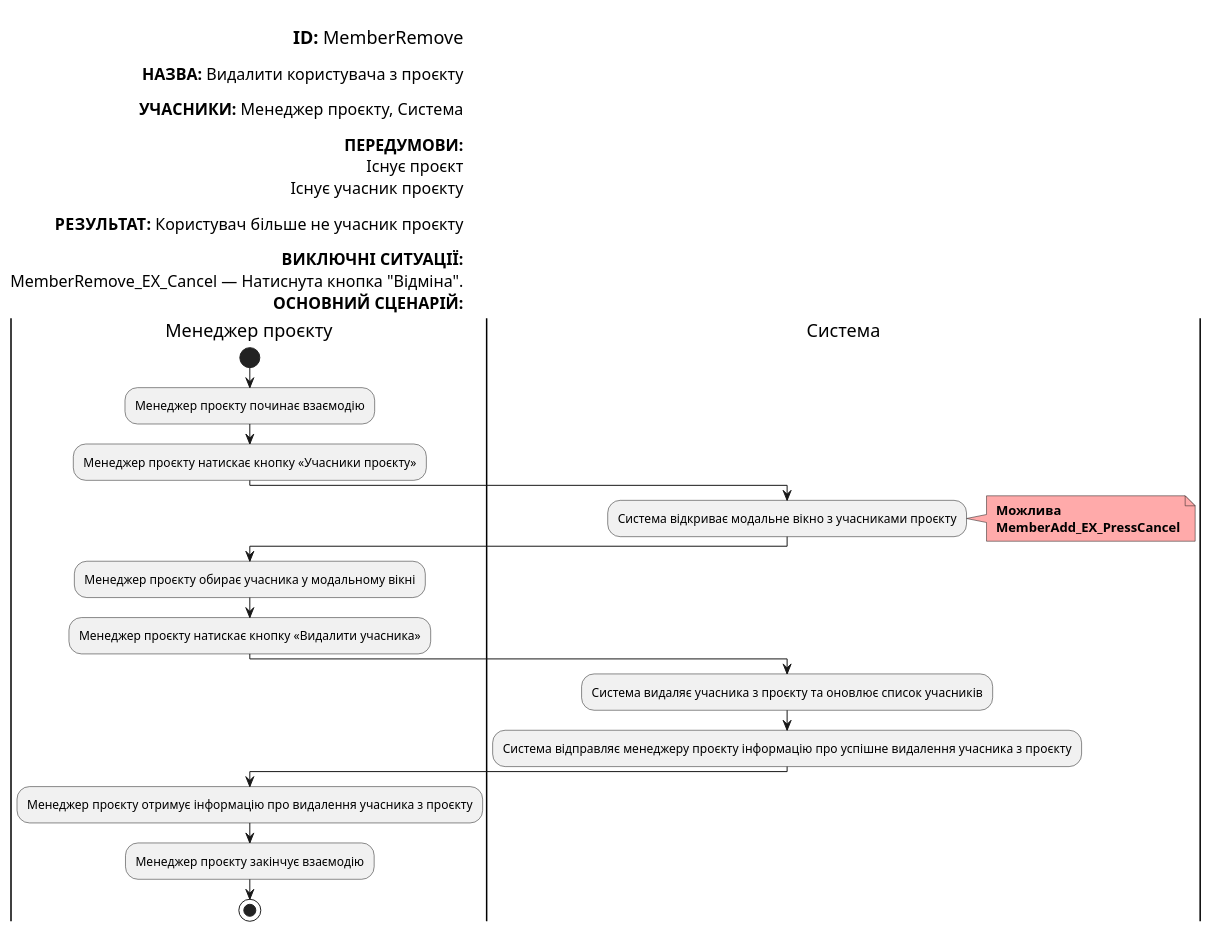
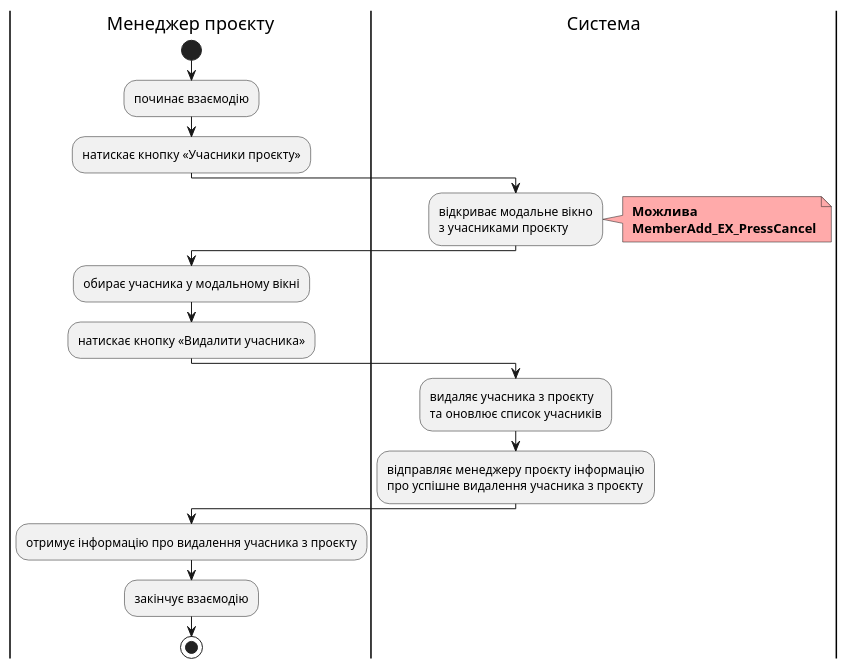
One commit to yaryna-bashchak/db_course_work changed diagram 16 of 24 in docs/use cases/README.md. Above: the diagram before and after it, drawn with PlantUML. The commit also changed other lines of this file, not shown here.

Commit message:
updated diagrams for user cases

```diff
--- a/docs/use cases/README.md
+++ b/docs/use cases/README.md
@@ -809,52 +795,36 @@
 @startuml
-
-    left header
-
-        <font color=000 size=18><b>ID:</b> MemberRemove
-
-        <font color=000 size=16><b>НАЗВА:</b> Видалити користувача з проєкту
-
-        <font color=000 size=16><b>УЧАСНИКИ:</b> Менеджер проєкту, Система
-
-        <font color=000 size=16><b>ПЕРЕДУМОВИ:</b>
-        <font color=000 size=16> Існує проєкт
-        <font color=000 size=16> Існує учасник проєкту
-
-        <font color=000 size=16><b>РЕЗУЛЬТАТ:</b> Користувач більше не учасник проєкту
-
-        <font color=000 size=16><b>ВИКЛЮЧНІ СИТУАЦІЇ:</b>
-        <font color=000 size=16> MemberRemove_EX_Cancel — Натиснута кнопка "Відміна".
-        <font color=000 size=16><b>ОСНОВНИЙ СЦЕНАРІЙ:</b>
-        end header
 
     |Менеджер проєкту|
         start
-        :Менеджер проєкту починає взаємодію;
+        :починає взаємодію;
 
-        :Менеджер проєкту натискає кнопку «Учасники проєкту»;
+        :натискає кнопку «Учасники проєкту»;
 
     |Система|
-        :Система відкриває модальне вікно з учасниками проєкту;
+        :відкриває модальне вікно 
+        з учасниками проєкту;
         note right #ffaaaa
         <b> Можлива
         <b> MemberAdd_EX_PressCancel
         end note
 
     |Менеджер проєкту|
-        :Менеджер проєкту обирає учасника у модальному вікні;
+        :обирає учасника у модальному вікні;
 
-        :Менеджер проєкту натискає кнопку «Видалити учасника»;
+        :натискає кнопку «Видалити учасника»;
 
     |Система|
-        :Система видаляє учасника з проєкту та оновлює список учасників;
+        :видаляє учасника з проєкту 
+        та оновлює список учасників;
 
-        :Система відправляє менеджеру проєкту інформацію про успішне видалення учасника з проєкту;
+        :відправляє менеджеру проєкту інформацію 
+        про успішне видалення учасника з проєкту;
 
     |Менеджер проєкту|
-        :Менеджер проєкту отримує інформацію про видалення учасника з проєкту;
+        :отримує інформацію про видалення учасника з проєкту;
         
-        :Менеджер проєкту закінчує взаємодію;
+        :закінчує взаємодію;
 
         stop;
 
 @enduml
```
